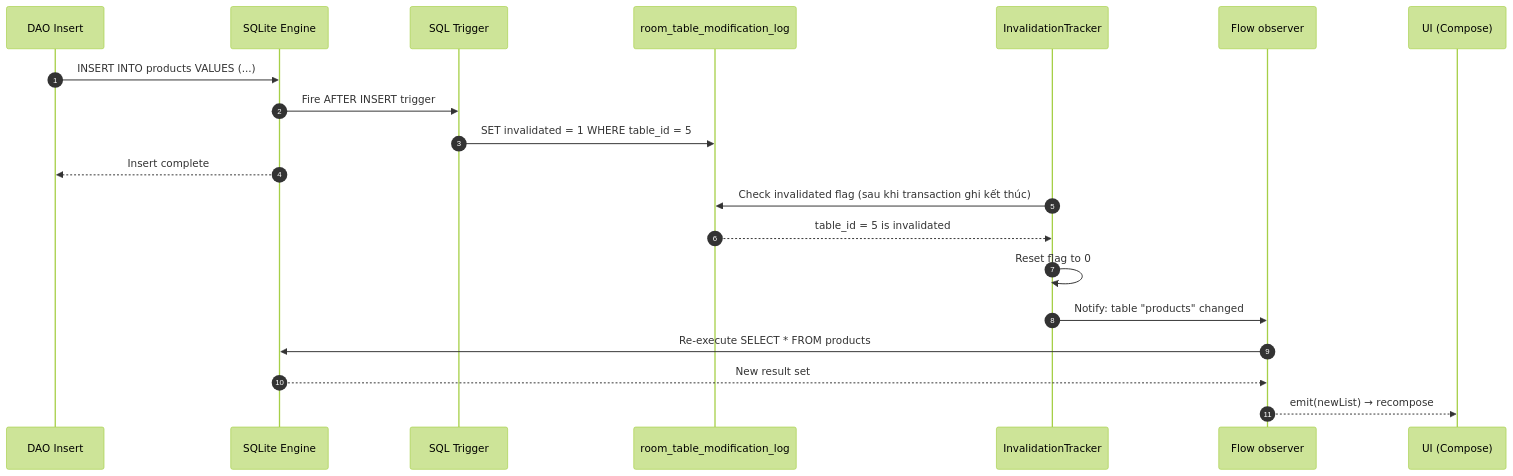
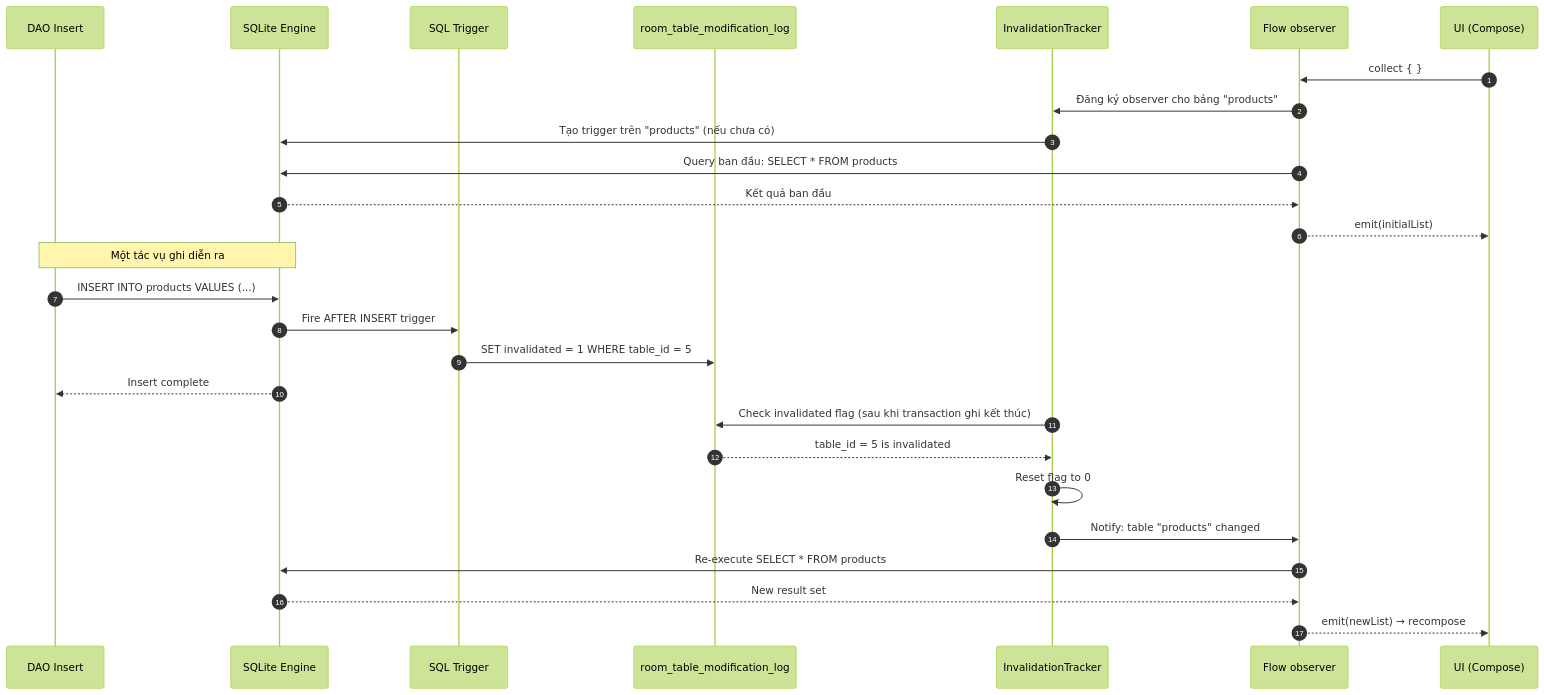
The third of 5 diagrams in knowledge/android/docs/session_05/data_store/room_transactions.md (h1eu/knowledge), drawn with Mermaid (forest theme) before and after one commit. The commit also changed other lines of this file and 32 other files, not shown here.

````diff
--- a/knowledge/android/docs/session_05/data_store/room_transactions.md
+++ b/knowledge/android/docs/session_05/data_store/room_transactions.md
@@ -318,23 +331,31 @@
 ```mermaid
 sequenceDiagram
     autonumber
     participant DAO as DAO Insert
     participant SQLite as SQLite Engine
     participant Trigger as SQL Trigger
     participant Log as room_table_modification_log
     participant IT as InvalidationTracker
     participant Flow as Flow observer
     participant UI as UI (Compose)
 
+    UI->>Flow: collect { }
+    Flow->>IT: Đăng ký observer cho bảng "products"
+    IT->>SQLite: Tạo trigger trên "products" (nếu chưa có)
+    Flow->>SQLite: Query ban đầu: SELECT * FROM products
+    SQLite-->>Flow: Kết quả ban đầu
+    Flow-->>UI: emit(initialList)
+
+    Note over DAO, SQLite: Một tác vụ ghi diễn ra
     DAO->>SQLite: INSERT INTO products VALUES (...)
     SQLite->>Trigger: Fire AFTER INSERT trigger
     Trigger->>Log: SET invalidated = 1 WHERE table_id = 5
     SQLite-->>DAO: Insert complete
     IT->>Log: Check invalidated flag (sau khi transaction ghi kết thúc)
     Log-->>IT: table_id = 5 is invalidated
     IT->>IT: Reset flag to 0
     IT->>Flow: Notify: table "products" changed
     Flow->>SQLite: Re-execute SELECT * FROM products
     SQLite-->>Flow: New result set
     Flow-->>UI: emit(newList) → recompose
 ```
````
